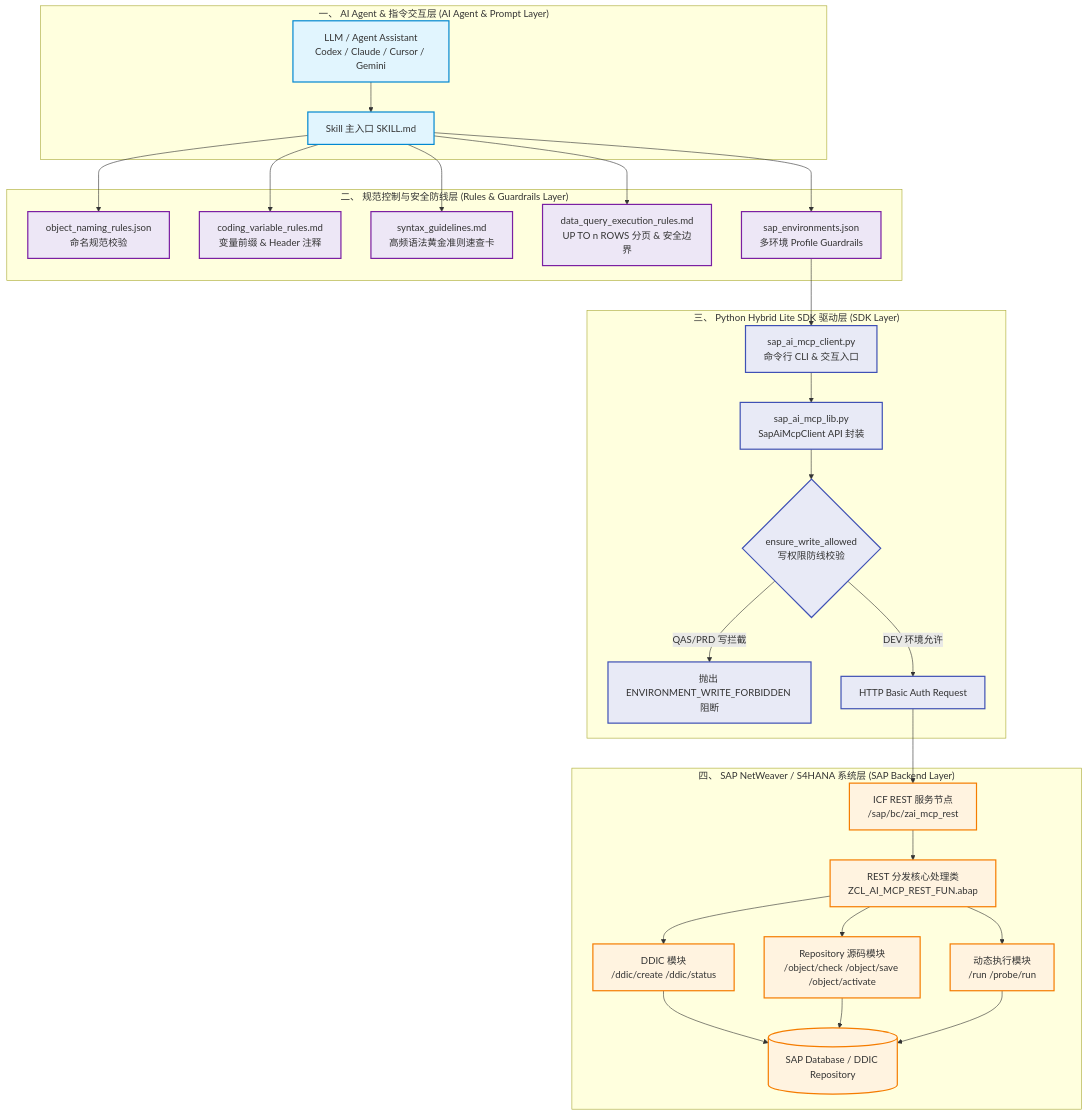
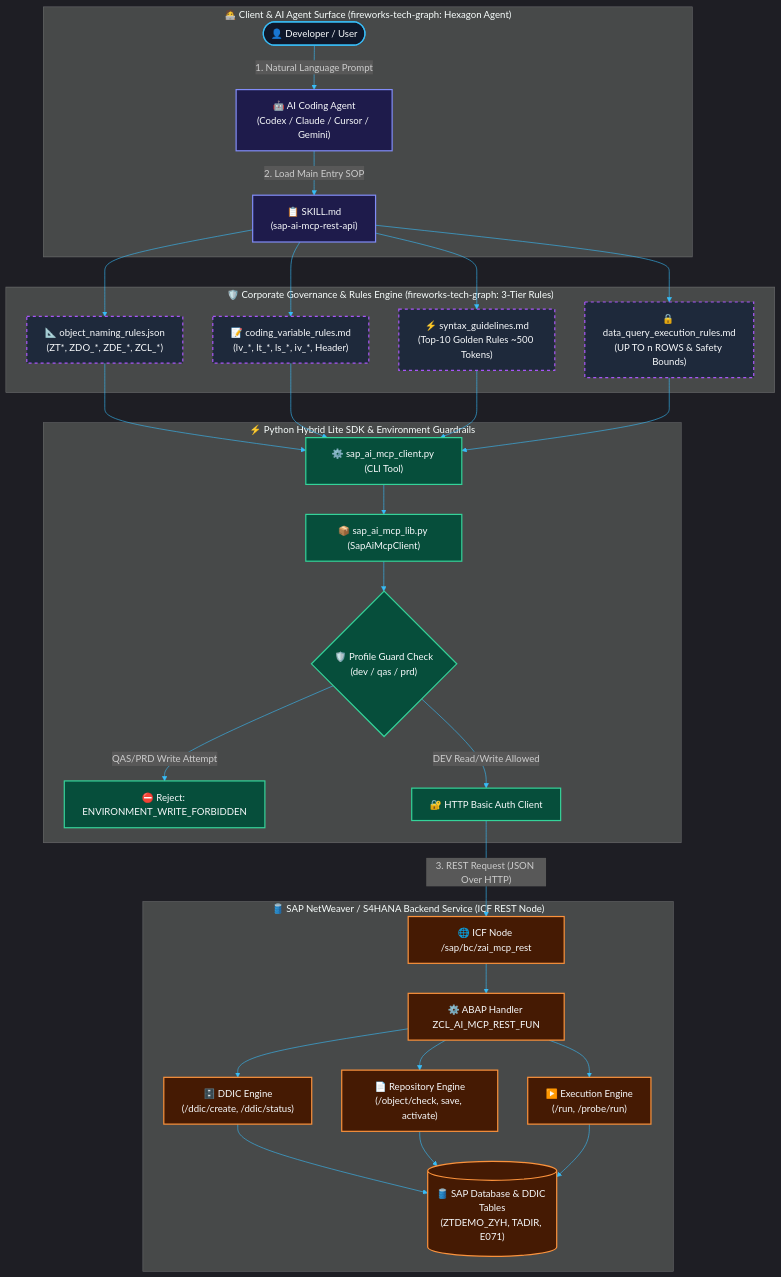
The first of 2 diagrams in README.md (zyhcs/skill-abap), drawn with Mermaid before and after one commit. The commit also changed other lines of this file and 1 other file, not shown here.

Commit message:
docs: apply fireworks-tech-graph aesthetic contracts and shape vocabulary to diagrams

````diff
--- a/README.md
+++ b/README.md
@@ -22,38 +27,42 @@
 ```mermaid
+%%{init: {'theme': 'dark', 'themeVariables': { 'primaryColor': '#1e293b', 'primaryTextColor': '#f8fafc', 'primaryBorderColor': '#38bdf8', 'lineColor': '#38bdf8', 'secondaryColor': '#0f172a', 'tertiaryColor': '#1e1b4b'}}}%%
 graph TD
-    classDef agent fill:#e1f5fe,stroke:#0288d1,stroke-width:2px;
-    classDef rules fill:#ede7f6,stroke:#7b1fa2,stroke-width:2px;
-    classDef sdk fill:#e8eaf6,stroke:#3f51b5,stroke-width:2px;
-    classDef sap fill:#fff3e0,stroke:#f57c00,stroke-width:2px;
+    classDef userNode fill:#0f172a,stroke:#38bdf8,stroke-width:2px,color:#f8fafc;
+    classDef agentNode fill:#1e1b4b,stroke:#818cf8,stroke-width:2px,color:#f8fafc;
+    classDef rulesContainer fill:#1e293b,stroke:#a855f7,stroke-width:2px,stroke-dasharray: 5 5,color:#f8fafc;
+    classDef sdkNode fill:#064e3b,stroke:#34d399,stroke-width:2px,color:#f8fafc;
+    classDef sapNode fill:#451a03,stroke:#fb923c,stroke-width:2px,color:#f8fafc;
 
-    subgraph AgentLayer ["一、 AI Agent & 指令交互层 (AI Agent & Prompt Layer)"]
-        A1[LLM / Agent Assistant<br/>Codex / Claude / Cursor / Gemini]:::agent --> A2[Skill 主入口 SKILL.md]:::agent
+    subgraph Layer1 ["🧑‍💻 Client & AI Agent Surface (fireworks-tech-graph: Hexagon Agent)"]
+        User(["👤 Developer / User"]):::userNode -->|"1. Natural Language Prompt"| Agent["🤖 AI Coding Agent<br/>(Codex / Claude / Cursor / Gemini)"]:::agentNode
+        Agent -->|"2. Load Main Entry SOP"| Skill["📋 SKILL.md<br/>(sap-ai-mcp-rest-api)"]:::agentNode
     end
 
-    subgraph RulesLayer ["二、 规范控制与安全防线层 (Rules & Guardrails Layer)"]
-        A2 --> R1[object_naming_rules.json<br/>命名规范校验]:::rules
-        A2 --> R2[coding_variable_rules.md<br/>变量前缀 & Header 注释]:::rules
-        A2 --> R3[syntax_guidelines.md<br/>高频语法黄金准则速查卡]:::rules
-        A2 --> R4[data_query_execution_rules.md<br/>UP TO n ROWS 分页 & 安全边界]:::rules
-        A2 --> R5[sap_environments.json<br/>多环境 Profile Guardrails]:::rules
+    subgraph Layer2 ["🛡️ Corporate Governance & Rules Engine (fireworks-tech-graph: 3-Tier Rules)"]
+        Skill --> R1["📐 object_naming_rules.json<br/>(ZT*, ZDO_*, ZDE_*, ZCL_*)"]:::rulesContainer
+        Skill --> R2["📝 coding_variable_rules.md<br/>(lv_*, lt_*, ls_*, iv_*, Header)"]:::rulesContainer
+        Skill --> R3["⚡ syntax_guidelines.md<br/>(Top-10 Golden Rules ~500 Tokens)"]:::rulesContainer
+        Skill --> R4["🔒 data_query_execution_rules.md<br/>(UP TO n ROWS & Safety Bounds)"]:::rulesContainer
     end
 
-    subgraph SDKLayer ["三、 Python Hybrid Lite SDK 驱动层 (SDK Layer)"]
-        R5 --> S1[sap_ai_mcp_client.py<br/>命令行 CLI & 交互入口]:::sdk
-        S1 --> S2[sap_ai_mcp_lib.py<br/>SapAiMcpClient API 封装]:::sdk
-        S2 --> S3{ensure_write_allowed<br/>写权限防线校验}:::sdk
-        S3 -- QAS/PRD 写拦截 --> S4[抛出 ENVIRONMENT_WRITE_FORBIDDEN 阻断]:::sdk
-        S3 -- DEV 环境允许 --> S5[HTTP Basic Auth Request]:::sdk
+    subgraph Layer3 ["⚡ Python Hybrid Lite SDK & Environment Guardrails"]
+        R1 & R2 & R3 & R4 --> CLI["⚙️ sap_ai_mcp_client.py (CLI Tool)"]:::sdkNode
+        CLI --> SDK["📦 sap_ai_mcp_lib.py (SapAiMcpClient)"]:::sdkNode
+        SDK --> Guard{"🛡️ Profile Guard Check<br/>(dev / qas / prd)"}:::sdkNode
+        Guard -- "QAS/PRD Write Attempt" --> Block["⛔ Reject: ENVIRONMENT_WRITE_FORBIDDEN"]:::sdkNode
+        Guard -- "DEV Read/Write Allowed" --> Auth["🔐 HTTP Basic Auth Client"]:::sdkNode
     end
 
-    subgraph SAPLayer ["四、 SAP NetWeaver / S4HANA 系统层 (SAP Backend Layer)"]
-        S5 --> P1[ICF REST 服务节点<br/>/sap/bc/zai_mcp_rest]:::sap
-        P1 --> P2[REST 分发核心处理类<br/>ZCL_AI_MCP_REST_FUN.abap]:::sap
-        P2 --> P3[DDIC 模块<br/>/ddic/create /ddic/status]:::sap
-        P2 --> P4[Repository 源码模块<br/>/object/check /object/save /object/activate]:::sap
-        P2 --> P5[动态执行模块<br/>/run /probe/run]:::sap
-        P3 --> DB[(SAP Database / DDIC Repository)]:::sap
-        P4 --> DB
-        P5 --> DB
+    subgraph Layer4 ["🛢️ SAP NetWeaver / S4HANA Backend Service (ICF REST Node)"]
+        Auth -->|"3. REST Request (JSON Over HTTP)"| ICF["🌐 ICF Node /sap/bc/zai_mcp_rest"]:::sapNode
+        ICF --> Handler["⚙️ ABAP Handler ZCL_AI_MCP_REST_FUN"]:::sapNode
+        
+        Handler --> DDIC["🗄️ DDIC Engine<br/>(/ddic/create, /ddic/status)"]:::sapNode
+        Handler --> Repo["📄 Repository Engine<br/>(/object/check, save, activate)"]:::sapNode
+        Handler --> Exec["▶️ Execution Engine<br/>(/run, /probe/run)"]:::sapNode
+
+        DDIC --> DB[("🛢️ SAP Database & DDIC Tables<br/>(ZTDEMO_ZYH, TADIR, E071)")]:::sapNode
+        Repo --> DB
+        Exec --> DB
     end
 ```
````
